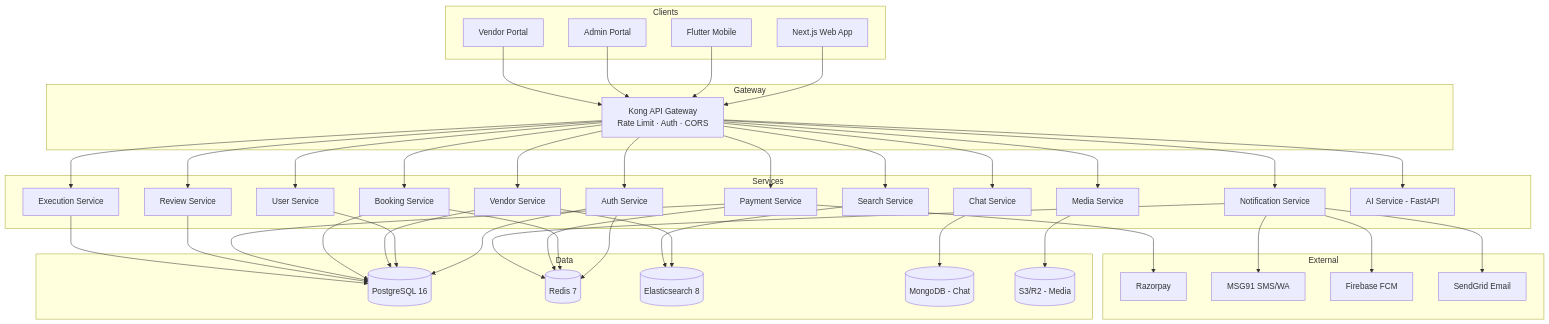
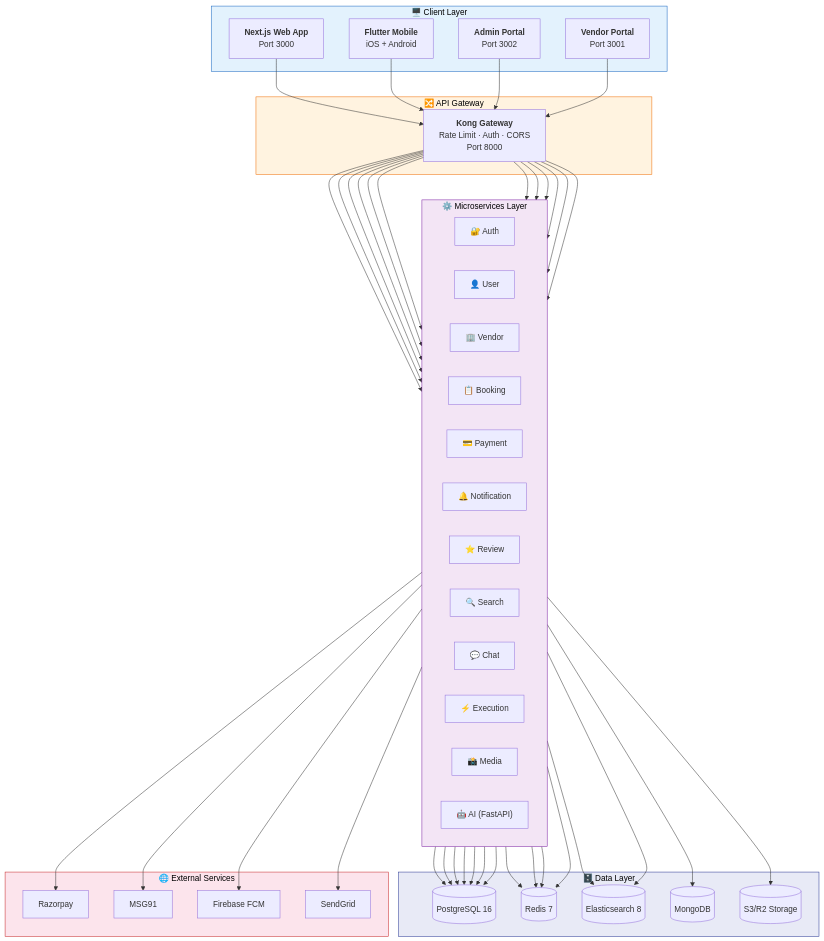
The ninth of 29 diagrams in README.md (harib8000/wed), drawn with Mermaid before and after one commit. The commit also changed other lines of this file and 1 other file, not shown here.

````diff
--- a/README.md
+++ b/README.md
@@ -408,54 +600,61 @@
 ```mermaid
 graph TB
-  subgraph Clients
-    WEB[Next.js Web App]
-    MOB[Flutter Mobile]
-    ADM[Admin Portal]
-    VEN[Vendor Portal]
-  end
+    subgraph CLIENTS["🖥️ Client Layer"]
+        WEB["<b>Next.js Web App</b><br/>Port 3000"]
+        MOB["<b>Flutter Mobile</b><br/>iOS + Android"]
+        ADM["<b>Admin Portal</b><br/>Port 3002"]
+        VEN["<b>Vendor Portal</b><br/>Port 3001"]
+    end
 
-  subgraph Gateway
-    KONG[Kong API Gateway<br/>Rate Limit · Auth · CORS]
-  end
+    subgraph GATEWAY["🔀 API Gateway"]
+        KONG["<b>Kong Gateway</b><br/>Rate Limit · Auth · CORS<br/>Port 8000"]
+    end
 
-  subgraph Services
-    AUTH[Auth Service]
-    USER[User Service]
-    VENDOR[Vendor Service]
-    BOOK[Booking Service]
-    PAY[Payment Service]
-    NOTIF[Notification Service]
-    REVIEW[Review Service]
-    SEARCH[Search Service]
-    CHAT[Chat Service]
-    EXEC[Execution Service]
-    MEDIA[Media Service]
-    AI[AI Service - FastAPI]
-  end
+    subgraph SERVICES["⚙️ Microservices Layer"]
+        direction LR
+        AUTH["🔐 Auth"]
+        USER["👤 User"]
+        VENDOR["🏢 Vendor"]
+        BOOK["📋 Booking"]
+        PAY["💳 Payment"]
+        NOTIF["🔔 Notification"]
+        REVIEW["⭐ Review"]
+        SEARCH["🔍 Search"]
+        CHAT["💬 Chat"]
+        EXEC["⚡ Execution"]
+        MEDIA["📸 Media"]
+        AI["🤖 AI (FastAPI)"]
+    end
 
-  subgraph Data
-    PG[(PostgreSQL 16)]
-    REDIS[(Redis 7)]
-    ES[(Elasticsearch 8)]
-    MONGO[(MongoDB - Chat)]
-    S3[(S3/R2 - Media)]
-  end
+    subgraph DATA["🗄️ Data Layer"]
+        PG[("PostgreSQL 16")]
+        REDIS[("Redis 7")]
+        ES[("Elasticsearch 8")]
+        MONGO[("MongoDB")]
+        S3[("S3/R2 Storage")]
+    end
 
-  subgraph External
-    RZP[Razorpay]
-    MSG91[MSG91 SMS/WA]
-    FCM[Firebase FCM]
-    SG[SendGrid Email]
-  end
+    subgraph EXTERNAL["🌐 External Services"]
+        RZP["Razorpay"]
+        MSG91["MSG91"]
+        FCM["Firebase FCM"]
+        SG["SendGrid"]
+    end
 
-  WEB & MOB & ADM & VEN --> KONG
-  KONG --> AUTH & USER & VENDOR & BOOK & PAY & NOTIF & REVIEW & SEARCH & CHAT & EXEC & MEDIA & AI
+    WEB & MOB & ADM & VEN --> KONG
+    KONG --> AUTH & USER & VENDOR & BOOK & PAY & NOTIF & REVIEW & SEARCH & CHAT & EXEC & MEDIA & AI
 
-  AUTH & USER & VENDOR & BOOK & PAY & REVIEW & EXEC --> PG
-  AUTH & BOOK & PAY & NOTIF --> REDIS
-  VENDOR & SEARCH --> ES
-  CHAT --> MONGO
-  MEDIA --> S3
-  PAY --> RZP
-  NOTIF --> MSG91 & FCM & SG
+    AUTH & USER & VENDOR & BOOK & PAY & REVIEW & EXEC --> PG
+    AUTH & BOOK & PAY & NOTIF --> REDIS
+    VENDOR & SEARCH --> ES
+    CHAT --> MONGO
+    MEDIA --> S3
+    PAY --> RZP
+    NOTIF --> MSG91 & FCM & SG
+
+    style CLIENTS fill:#e3f2fd,stroke:#1565c0,color:#000
+    style GATEWAY fill:#fff3e0,stroke:#ef6c00,color:#000
+    style SERVICES fill:#f3e5f5,stroke:#7b1fa2,color:#000
+    style DATA fill:#e8eaf6,stroke:#283593,color:#000
+    style EXTERNAL fill:#fce4ec,stroke:#c62828,color:#000
 ```
````
